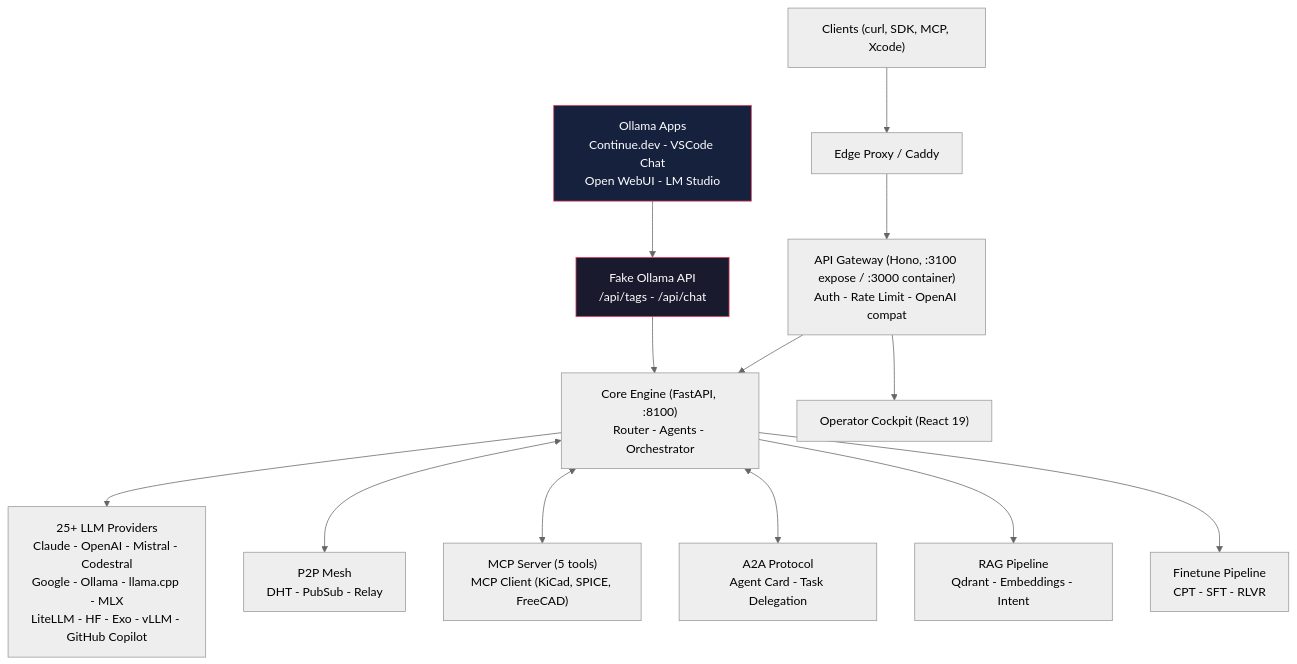
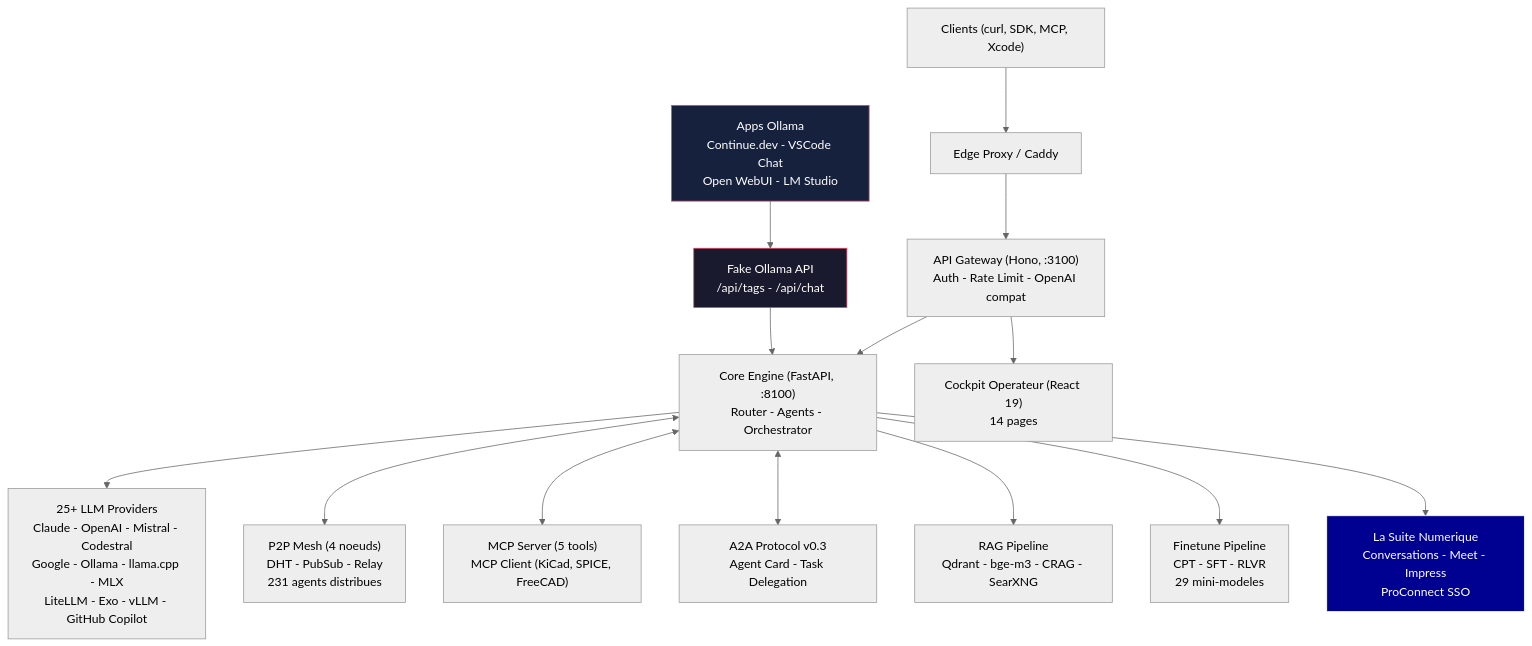
The diagram in README.md (electron-rare/mascarade), drawn with Mermaid (neutral theme) before and after one commit. The commit also changed other lines of this file, not shown here.

Commit message:
docs: complete README v0.3.0 — 231 agents, 29 models, La Suite Numerique

````diff
--- a/README.md
+++ b/README.md
@@ -19,19 +45,21 @@
 ```mermaid
 graph TD
     Client["Clients (curl, SDK, MCP, Xcode)"] --> Proxy["Edge Proxy / Caddy"]
-    Proxy --> API["API Gateway (Hono, :3100 expose / :3000 container)\nAuth - Rate Limit - OpenAI compat"]
+    Proxy --> API["API Gateway (Hono, :3100)\nAuth - Rate Limit - OpenAI compat"]
     API --> Core["Core Engine (FastAPI, :8100)\nRouter - Agents - Orchestrator"]
-    Core --> Providers["25+ LLM Providers\nClaude - OpenAI - Mistral - Codestral\nGoogle - Ollama - llama.cpp - MLX\nLiteLLM - HF - Exo - vLLM - GitHub Copilot"]
-    Core <--> P2P["P2P Mesh\nDHT - PubSub - Relay"]
+    Core --> Providers["25+ LLM Providers\nClaude - OpenAI - Mistral - Codestral\nGoogle - Ollama - llama.cpp - MLX\nLiteLLM - Exo - vLLM - GitHub Copilot"]
+    Core <--> P2P["P2P Mesh (4 noeuds)\nDHT - PubSub - Relay\n231 agents distribues"]
     Core <--> MCP["MCP Server (5 tools)\nMCP Client (KiCad, SPICE, FreeCAD)"]
-    Core <--> A2A["A2A Protocol\nAgent Card - Task Delegation"]
-    Core --> RAG["RAG Pipeline\nQdrant - Embeddings - Intent"]
-    Core --> Finetune["Finetune Pipeline\nCPT - SFT - RLVR"]
-    API --> Web["Operator Cockpit (React 19)"]
+    Core <--> A2A["A2A Protocol v0.3\nAgent Card - Task Delegation"]
+    Core --> RAG["RAG Pipeline\nQdrant - bge-m3 - CRAG - SearXNG"]
+    Core --> Finetune["Finetune Pipeline\nCPT - SFT - RLVR\n29 mini-modeles"]
+    API --> Web["Cockpit Operateur (React 19)\n14 pages"]
+    Core --> Suite["La Suite Numerique\nConversations - Meet - Impress\nProConnect SSO"]
 
-    OllamaApps["Ollama Apps\nContinue.dev - VSCode Chat\nOpen WebUI - LM Studio"] --> FakeOllama
+    OllamaApps["Apps Ollama\nContinue.dev - VSCode Chat\nOpen WebUI - LM Studio"] --> FakeOllama
     FakeOllama["Fake Ollama API\n/api/tags - /api/chat"] --> Core
 
     style FakeOllama fill:#1a1a2e,stroke:#e94560,color:#fff
     style OllamaApps fill:#16213e,stroke:#e94560,color:#fff
+    style Suite fill:#000091,stroke:#fff,color:#fff
 ```
````
